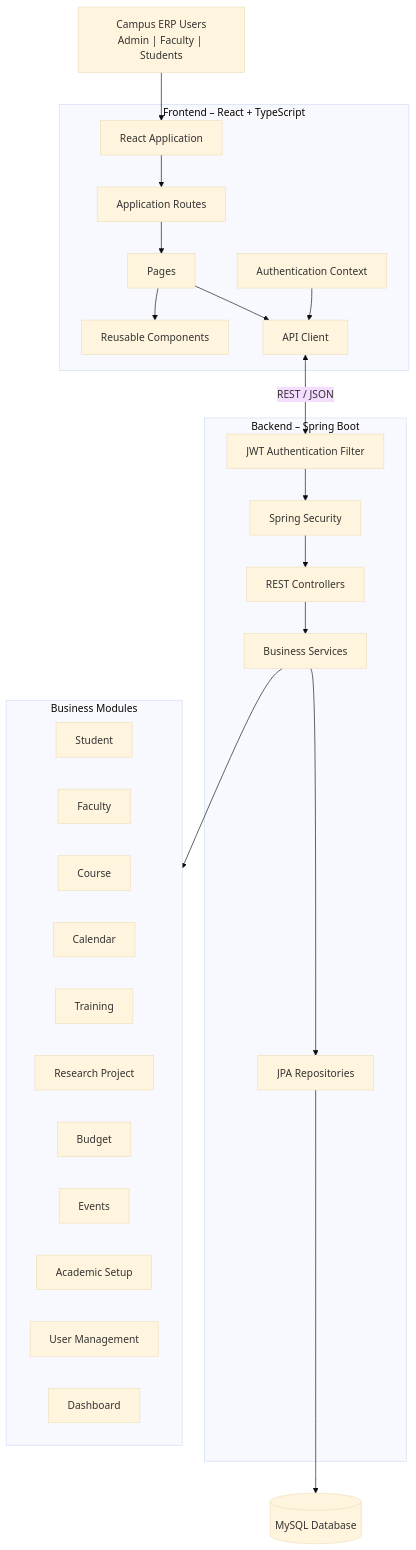
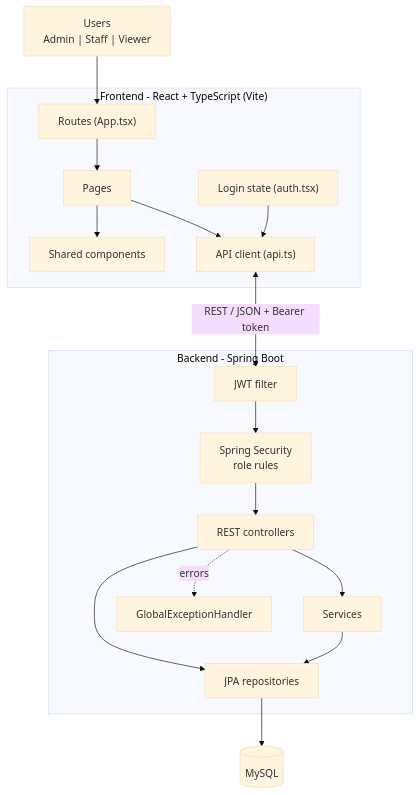
Before and after one commit to Git-punit/campus-erp: the first of 19 diagrams in README.md, drawn with Mermaid (base theme). The commit also changed other lines of this file, not shown here.

````diff
--- a/README.md
+++ b/README.md
@@ -15,51 +275,37 @@
 ```mermaid
 flowchart TB
-    USERS["Campus ERP Users<br/>Admin | Faculty | Students"]
+    USERS["Users<br/>Admin | Staff | Viewer"]
 
-    subgraph FE["Frontend – React + TypeScript"]
-        APP["React Application"]
-        ROUTES["Application Routes"]
+    subgraph FE["Frontend - React + TypeScript (Vite)"]
+        ROUTES["Routes (App.tsx)"]
+        AUTH["Login state (auth.tsx)"]
         PAGES["Pages"]
-        COMPONENTS["Reusable Components"]
-        API["API Client"]
-        AUTH["Authentication Context"]
-        APP --> ROUTES
+        COMPONENTS["Shared components"]
+        API["API client (api.ts)"]
         ROUTES --> PAGES
         PAGES --> COMPONENTS
         PAGES --> API
         AUTH --> API
     end
 
-    subgraph BE["Backend – Spring Boot"]
-        FILTER["JWT Authentication Filter"]
-        SECURITY["Spring Security"]
-        CONTROLLERS["REST Controllers"]
-        SERVICES["Business Services"]
-        REPOSITORIES["JPA Repositories"]
+    subgraph BE["Backend - Spring Boot"]
+        FILTER["JWT filter"]
+        SECURITY["Spring Security<br/>role rules"]
+        CONTROLLERS["REST controllers"]
+        SERVICES["Services"]
+        REPOSITORIES["JPA repositories"]
+        ERRORS["GlobalExceptionHandler"]
         FILTER --> SECURITY
         SECURITY --> CONTROLLERS
         CONTROLLERS --> SERVICES
+        CONTROLLERS --> REPOSITORIES
         SERVICES --> REPOSITORIES
+        CONTROLLERS -. errors .-> ERRORS
     end
 
-    subgraph MODULES["Business Modules"]
-        STUDENT["Student"]
-        FACULTY["Faculty"]
-        COURSE["Course"]
-        CALENDAR["Calendar"]
-        TRAINING["Training"]
-        PROJECT["Research Project"]
-        BUDGET["Budget"]
-        EVENT["Events"]
-        SETUP["Academic Setup"]
-        USER["User Management"]
-        DASH["Dashboard"]
-    end
+    DB[("MySQL")]
 
-    DB[("MySQL Database")]
-
-    USERS --> APP
-    API <-->|"REST / JSON"| FILTER
-    SERVICES --> MODULES
+    USERS --> ROUTES
+    API <-->|"REST / JSON + Bearer token"| FILTER
     REPOSITORIES --> DB
 ```
````
